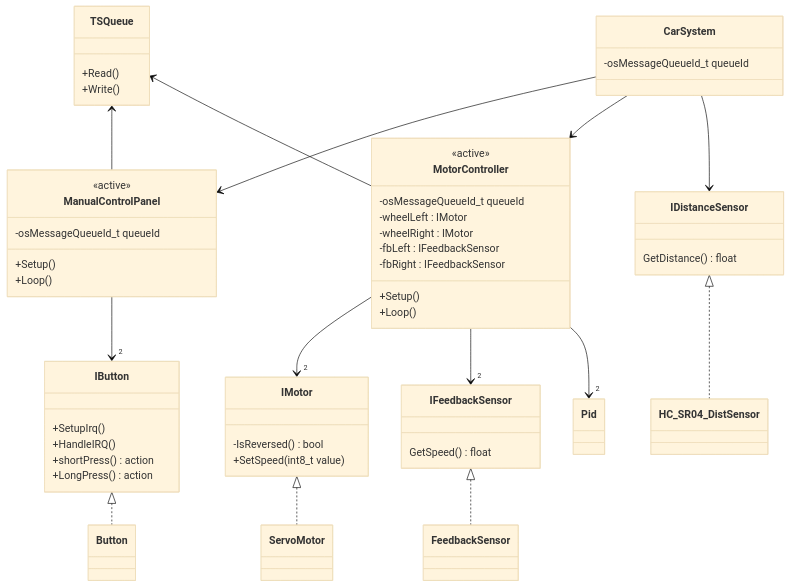
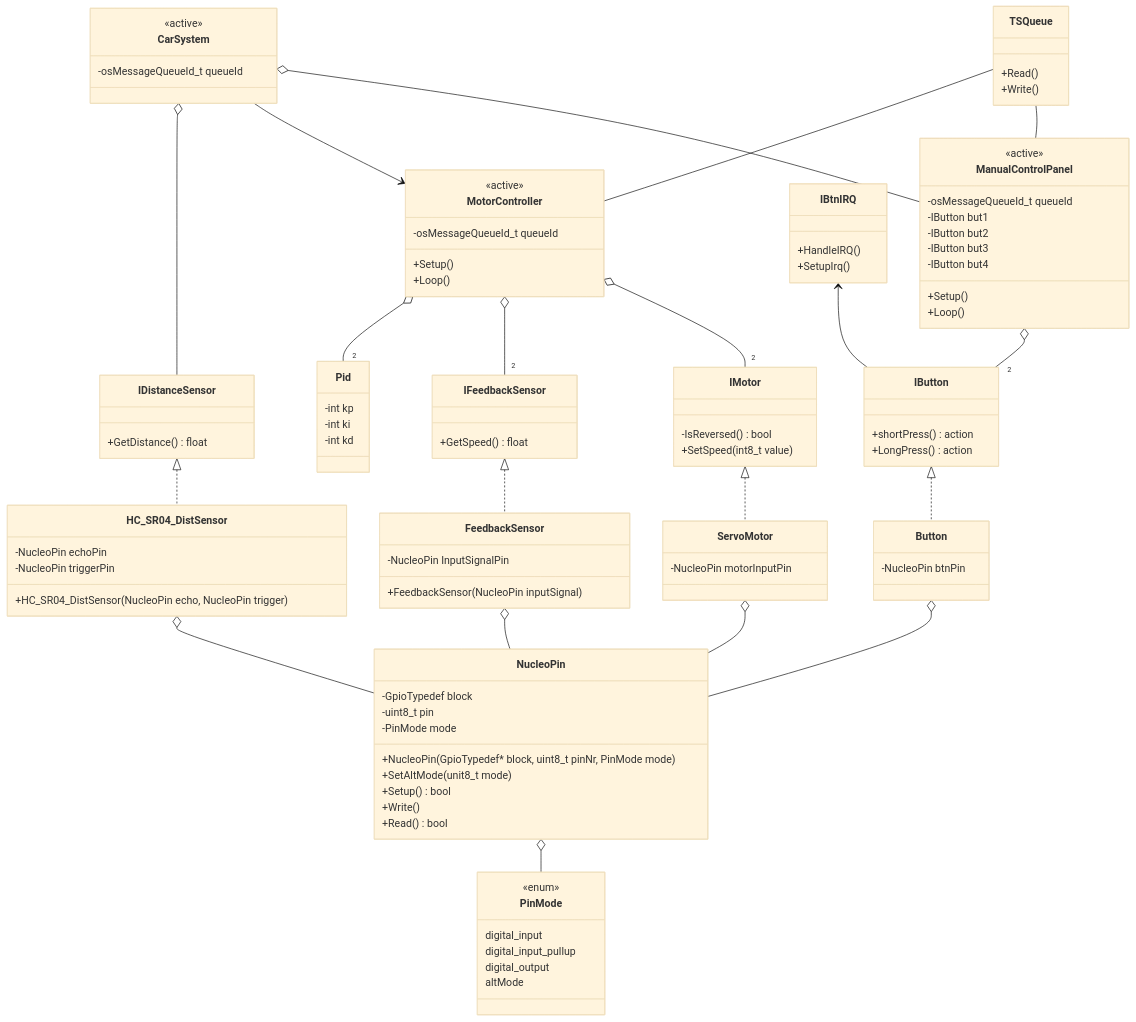
The second of 5 diagrams in ES/car challenge/class diagram.md (gamepro110/t-db3-2324nj), drawn with Mermaid (base theme) before and after one commit. The commit also changed other lines of this file and 77 other files, not shown here.

````diff
--- a/ES/car challenge/class diagram.md
+++ b/ES/car challenge/class diagram.md
@@ -50,19 +50,16 @@
 ```mermaid
 classDiagram
-    class CarSystem {
-        -osMessageQueueId_t queueId
-    }
     class TSQueue {
         +Read()
         +Write()
     }
+    class CarSystem {
+        <<active>>
+        -osMessageQueueId_t queueId
+    }
     class MotorController {
         <<active>>
         -osMessageQueueId_t queueId
-        -wheelLeft : IMotor
-        -wheelRight : IMotor
-        -fbLeft : IFeedbackSensor
-        -fbRight : IFeedbackSensor 
         +Setup()
         +Loop()
     }
@@ -71,50 +68,94 @@
         +SetSpeed(int8_t value)
     }
     class ServoMotor {
+        -NucleoPin motorInputPin
     }
     class ManualControlPanel {
         <<active>>
         -osMessageQueueId_t queueId
+        -IButton but1
+        -IButton but2
+        -IButton but3
+        -IButton but4
         +Setup()
         +Loop()
     }
+    class IBtnIRQ {
+        +HandleIRQ()
+        +SetupIrq()
+    }
     class IButton {
-        +SetupIrq()
-        +HandleIRQ()
         +shortPress() action
         +LongPress() action
     }
-    class Button
+    class Button {
+        -NucleoPin btnPin
+    }
     class IDistanceSensor {
-        GetDistance() float
+        +GetDistance() float
     }
     class HC_SR04_DistSensor {
+        +HC_SR04_DistSensor( NucleoPin echo, NucleoPin trigger)
+        -NucleoPin echoPin
+        -NucleoPin triggerPin
     }
-    class Pid
+    class Pid {
+        -int kp
+        -int ki
+        -int kd
+    }
     class IFeedbackSensor {
-        GetSpeed() float
+        +GetSpeed() float
+    }
+    class FeedbackSensor {
+        +FeedbackSensor(NucleoPin inputSignal)
+        -NucleoPin InputSignalPin
+    }
+    class PinMode {
+        <<enum>>
+        digital_input
+        digital_input_pullup
+        digital_output
+        altMode
+    }
+    class NucleoPin {
+        -GpioTypedef block
+        -uint8_t pin
+        -PinMode mode
+        +NucleoPin(GpioTypedef* block, uint8_t pinNr, PinMode mode)
+        +SetAltMode(unit8_t mode)
+        +Setup() bool
+        +Write()
+        +Read() bool
     }
 
     %% *.. == is a
     %% <-- == has a
     %% <|.. == implements interface
 
-    TSQueue <-- ManualControlPanel
-    TSQueue <-- MotorController
-    CarSystem --> ManualControlPanel
-    ManualControlPanel --> "2" IButton
+    TSQueue -- ManualControlPanel
+    TSQueue -- MotorController
+    CarSystem o-- ManualControlPanel
+    ManualControlPanel o-- "2" IButton
+    IBtnIRQ <-- IButton
     IButton <|.. Button
 
-    MotorController --> "2" IMotor
-    MotorController --> "2" IFeedbackSensor
-    MotorController --> "2" Pid
+    MotorController o-- "2" IMotor
+    MotorController o-- "2" IFeedbackSensor
+    MotorController o-- "2" Pid
 
     IMotor <|.. ServoMotor
 
     CarSystem --> MotorController
 
-    CarSystem --> IDistanceSensor
+    CarSystem o-- IDistanceSensor
     IDistanceSensor <|.. HC_SR04_DistSensor
 
     IFeedbackSensor <|.. FeedbackSensor
+
+    HC_SR04_DistSensor o-- NucleoPin
+    FeedbackSensor o-- NucleoPin
+    ServoMotor o-- NucleoPin
+    Button o-- NucleoPin
+    NucleoPin o-- PinMode
 ```
````
